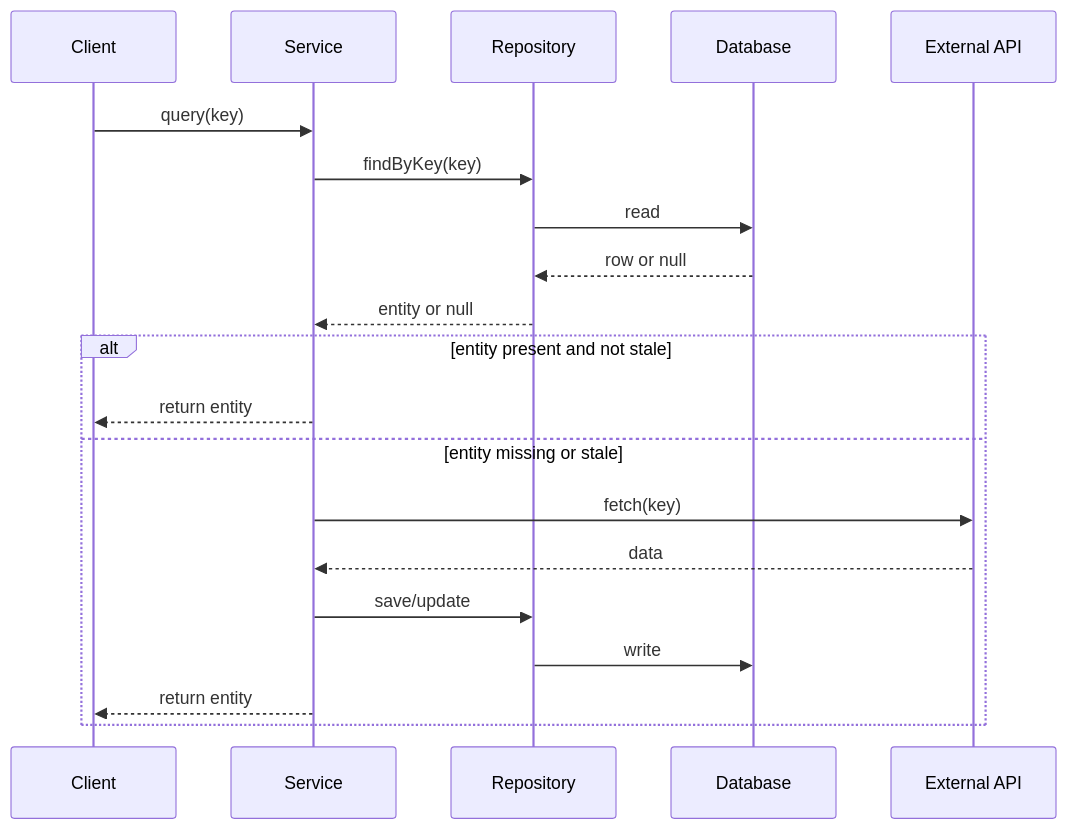
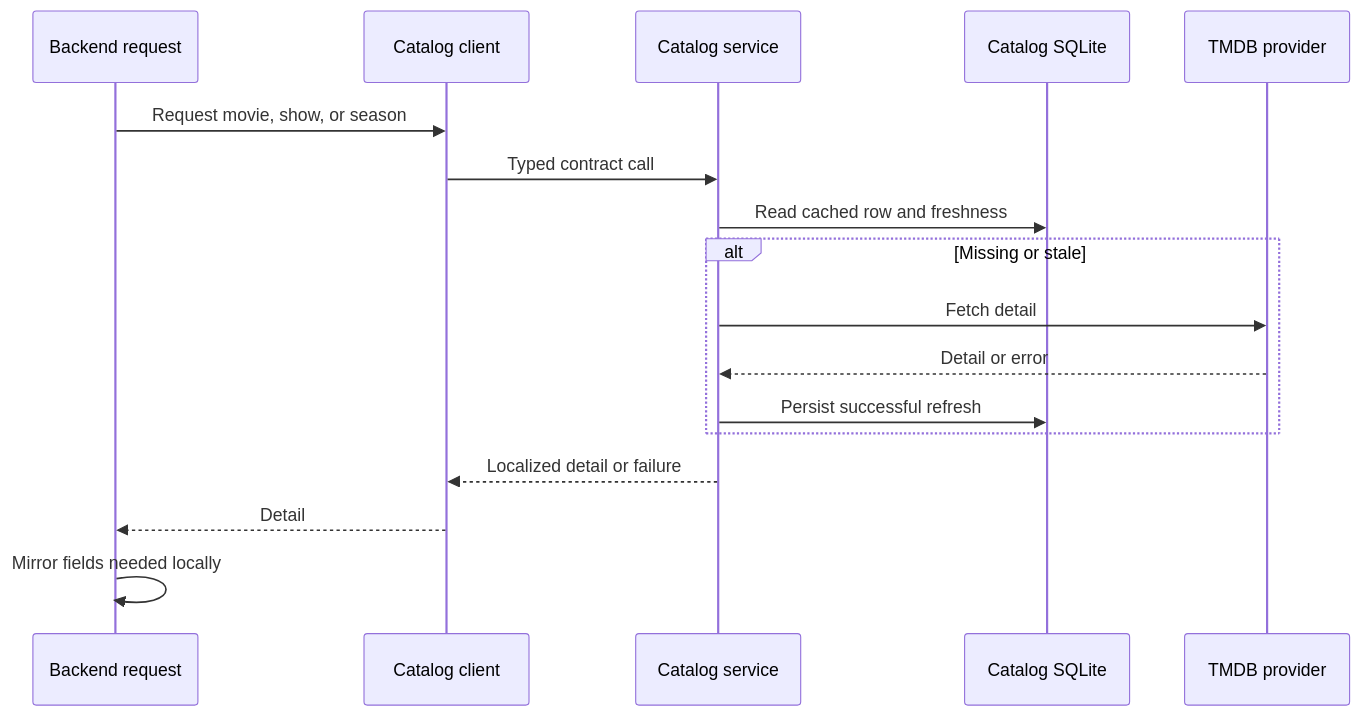
One commit to maury91/miauflix changed the diagram in docs/architecture/external-sync-and-query-fallback.md. Above: the diagram before and after it, drawn with Mermaid. The commit also changed other lines of this file and 39 other files, not shown here.

````diff
--- a/docs/architecture/external-sync-and-query-fallback.md
+++ b/docs/architecture/external-sync-and-query-fallback.md
@@ -41,24 +28,20 @@
 ```mermaid
 sequenceDiagram
-  participant C as Client
-  participant S as Service
-  participant R as Repository
-  participant DB as Database
-  participant E as External API
+  participant API as Backend request
+  participant Client as Catalog client
+  participant Catalog as Catalog service
+  participant DB as Catalog SQLite
+  participant Provider as TMDB provider
 
-  C->>S: query(key)
-  S->>R: findByKey(key)
-  R->>DB: read
-  DB-->>R: row or null
-  R-->>S: entity or null
-
-  alt entity present and not stale
-    S-->>C: return entity
-  else entity missing or stale
-    S->>E: fetch(key)
-    E-->>S: data
-    S->>R: save/update
-    R->>DB: write
-    S-->>C: return entity
+  API->>Client: Request movie, show, or season
+  Client->>Catalog: Typed contract call
+  Catalog->>DB: Read cached row and freshness
+  alt Missing or stale
+    Catalog->>Provider: Fetch detail
+    Provider-->>Catalog: Detail or error
+    Catalog->>DB: Persist successful refresh
   end
+  Catalog-->>Client: Localized detail or failure
+  Client-->>API: Detail
+  API->>API: Mirror fields needed locally
 ```
````
